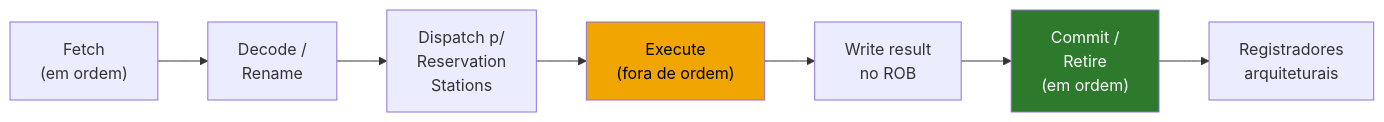
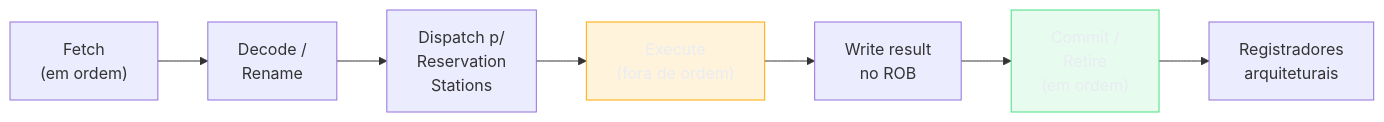
One commit to josenaldo/codex-technomanticus changed the first of 3 diagrams in 03-Dominios/Ciência/Organização de Computadores/13 - Execução fora de ordem e superescalar.md. Above: the diagram before and after it, drawn with Mermaid. The commit also changed other lines of this file and 1181 other files, not shown here.

First line of the commit message:
fix(diagramas): paleta do sistema no lugar de cor cravada no markdown

````diff
--- a/03-Dominios/Ciência/Organização de Computadores/13 - Execução fora de ordem e superescalar.md
+++ b/03-Dominios/Ciência/Organização de Computadores/13 - Execução fora de ordem e superescalar.md
@@ -133,12 +133,14 @@
 ```mermaid
 flowchart LR
+    classDef destaque fill:#FFAA0024,stroke:#FFAA00,color:#E9ECF2
+    classDef ok fill:#4ADE8021,stroke:#4ADE80,color:#E9ECF2
     A["Fetch\n(em ordem)"] --> B["Decode /\nRename"]
     B --> C["Dispatch p/\nReservation\nStations"]
     C --> D["Execute\n(fora de ordem)"]
     D --> E["Write result\nno ROB"]
     E --> F["Commit /\nRetire\n(em ordem)"]
     F --> G["Registradores\narquiteturais"]
 
-    style D fill:#f0a500,color:#000
-    style F fill:#2d7a2d,color:#fff
+    class D destaque
+    class F ok
 ```
````
